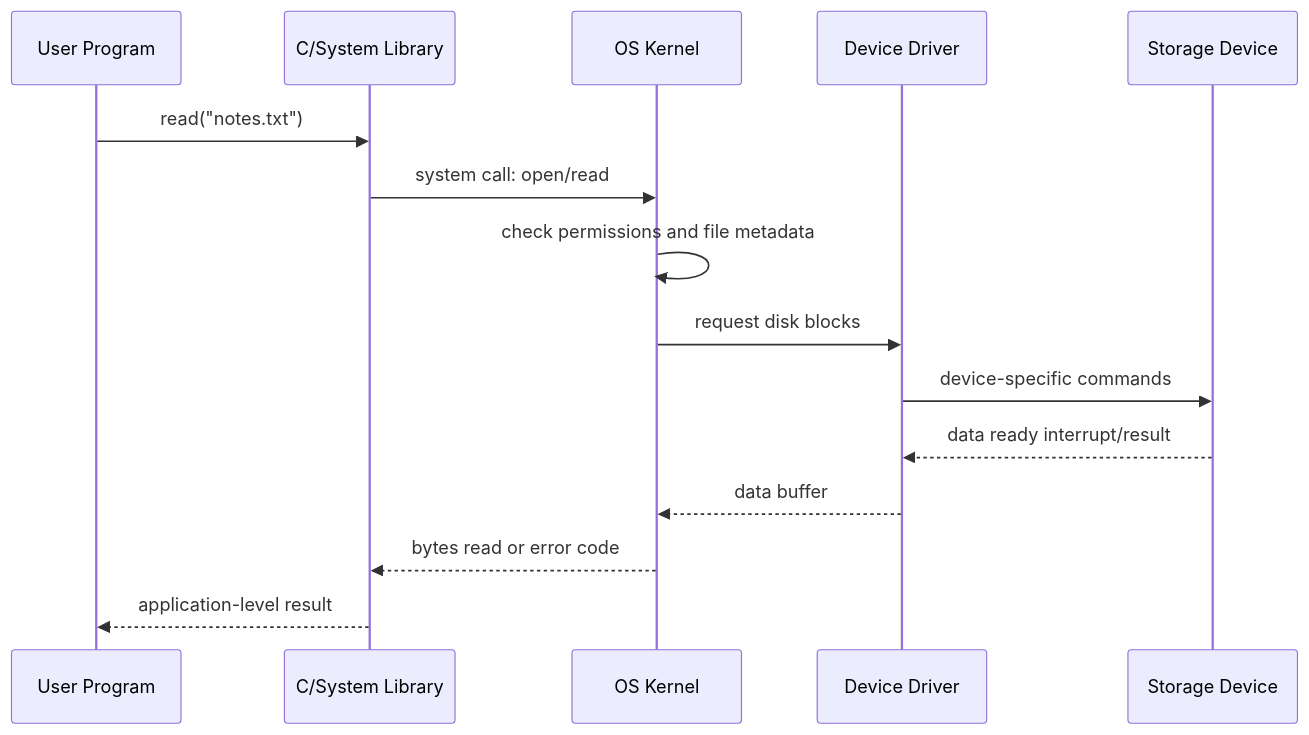
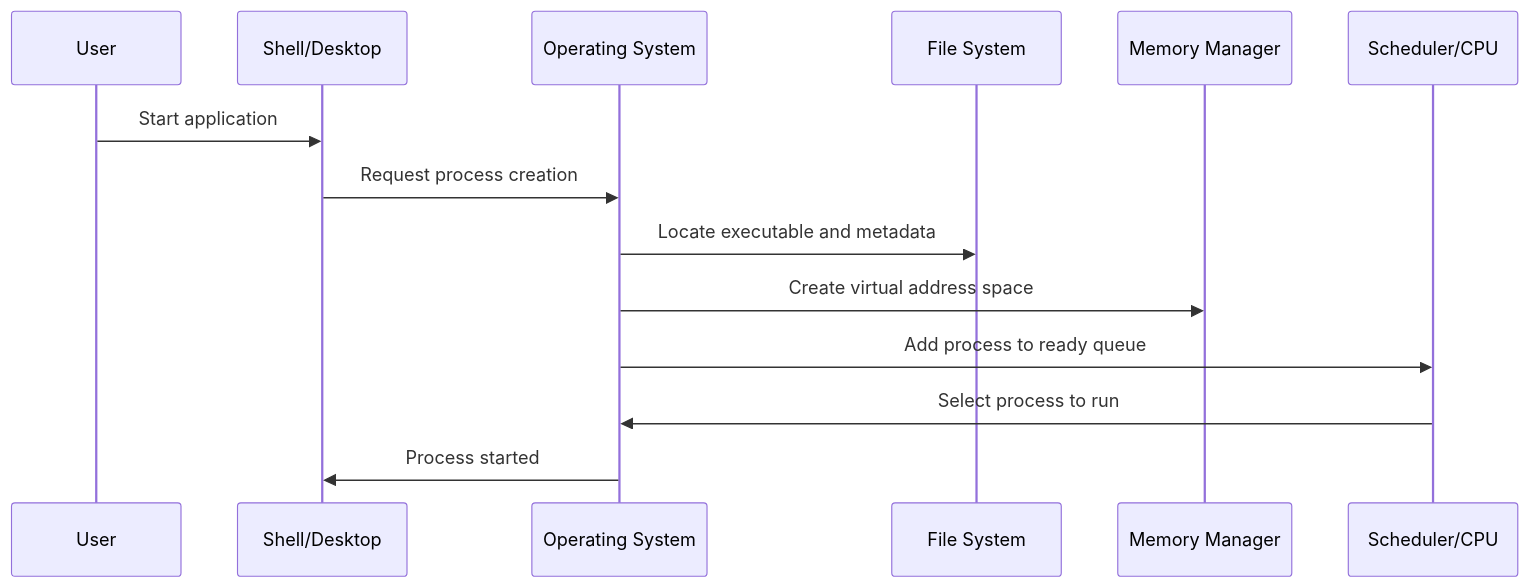
The second of 3 diagrams in outputs/markdown/day-01-what-is-an-operating-system.md (Harsh16Bhardwaj/learnOS), drawn with Mermaid before and after one commit. The commit also changed other lines of this file and 131 other files, not shown here.

````diff
--- a/outputs/markdown/day-01-what-is-an-operating-system.md
+++ b/outputs/markdown/day-01-what-is-an-operating-system.md
@@ -113,17 +146,17 @@
 ```mermaid
 sequenceDiagram
-    participant App as User Program
-    participant Lib as C/System Library
-    participant Kernel as OS Kernel
-    participant Driver as Device Driver
-    participant Disk as Storage Device
-    App->>Lib: read("notes.txt")
-    Lib->>Kernel: system call: open/read
-    Kernel->>Kernel: check permissions and file metadata
-    Kernel->>Driver: request disk blocks
-    Driver->>Disk: device-specific commands
-    Disk-->>Driver: data ready interrupt/result
-    Driver-->>Kernel: data buffer
-    Kernel-->>Lib: bytes read or error code
-    Lib-->>App: application-level result
+    participant User
+    participant Shell as Shell/Desktop
+    participant OS as Operating System
+    participant FS as File System
+    participant MM as Memory Manager
+    participant CPU as Scheduler/CPU
+
+    User->>Shell: Start application
+    Shell->>OS: Request process creation
+    OS->>FS: Locate executable and metadata
+    OS->>MM: Create virtual address space
+    OS->>CPU: Add process to ready queue
+    CPU->>OS: Select process to run
+    OS->>Shell: Process started
 ```
````
